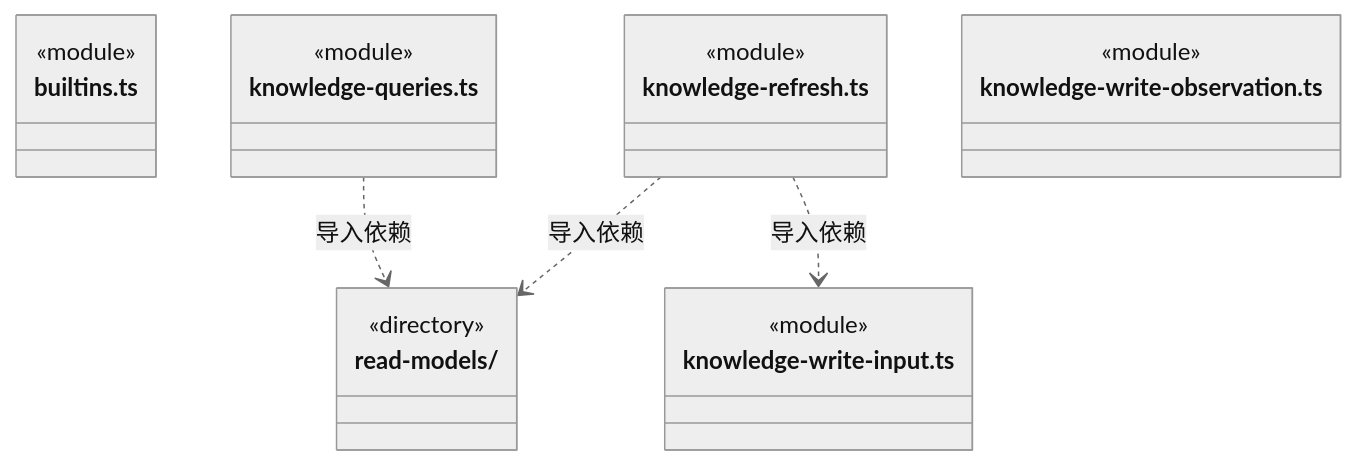
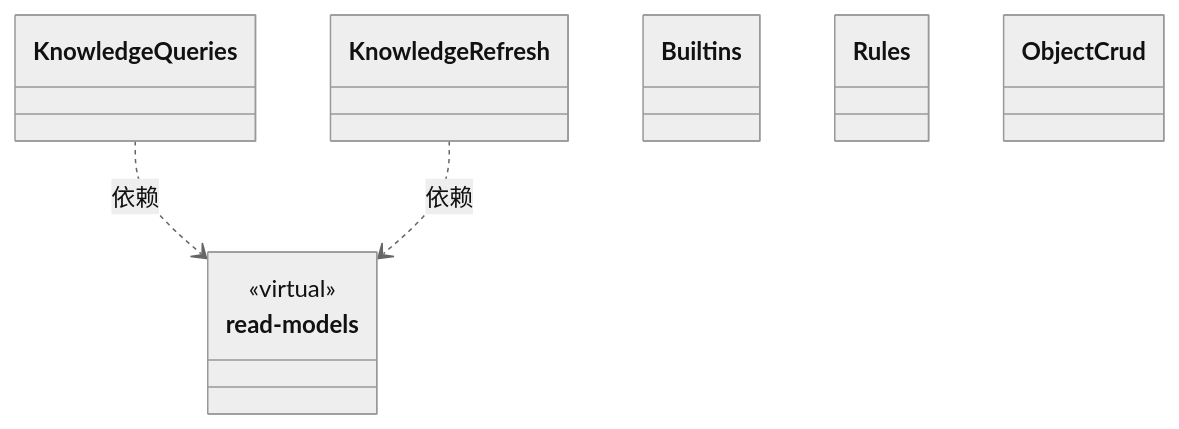
One commit to nan023062/cbim changed the first of 2 diagrams in src/logic/knowledge/rules/ARCHITECTURE.md. Above: the diagram before and after it, drawn with Mermaid (neutral theme). The commit also changed other lines of this file and 158 other files, not shown here.

Commit message:
docs: model architecture through nested virtual encapsulations

````diff
--- a/src/logic/knowledge/rules/ARCHITECTURE.md
+++ b/src/logic/knowledge/rules/ARCHITECTURE.md
@@ -223,24 +30,19 @@
 ```mermaid
 classDiagram
-class N_src_logic_knowledge_rules_read_models["read-models/"] {
-  <<directory>>
+class N_00e65f54da3f["read-models"] {
+  <<virtual>>
 }
-class N_src_logic_knowledge_rules_builtins_ts["builtins.ts"] {
-  <<module>>
-}
-class N_src_logic_knowledge_rules_knowledge_queries_ts["knowledge-queries.ts"] {
-  <<module>>
-}
-class N_src_logic_knowledge_rules_knowledge_refresh_ts["knowledge-refresh.ts"] {
-  <<module>>
-}
-class N_src_logic_knowledge_rules_knowledge_write_input_ts["knowledge-write-input.ts"] {
-  <<module>>
-}
-class N_src_logic_knowledge_rules_knowledge_write_observation_ts["knowledge-write-observation.ts"] {
-  <<module>>
-}
-N_src_logic_knowledge_rules_knowledge_queries_ts ..> N_src_logic_knowledge_rules_read_models : 导入依赖
-N_src_logic_knowledge_rules_knowledge_refresh_ts ..> N_src_logic_knowledge_rules_knowledge_write_input_ts : 导入依赖
-N_src_logic_knowledge_rules_knowledge_refresh_ts ..> N_src_logic_knowledge_rules_read_models : 导入依赖
+click N_00e65f54da3f href "read-models/ARCHITECTURE.md"
+class N_e26a65304778["KnowledgeQueries"]
+click N_e26a65304778 href "knowledge-queries.ts"
+class N_8f8fc54f0952["KnowledgeRefresh"]
+click N_8f8fc54f0952 href "knowledge-refresh.ts"
+class N_aa6b02a9f836["Builtins"]
+click N_aa6b02a9f836 href "builtins.ts"
+class N_fbad4322fecc["Rules"]
+click N_fbad4322fecc href "knowledge.ts"
+class N_c0cc3923403e["ObjectCrud"]
+click N_c0cc3923403e href "object-crud.ts"
+N_e26a65304778 ..> N_00e65f54da3f : 依赖
+N_8f8fc54f0952 ..> N_00e65f54da3f : 依赖
 ```
````
